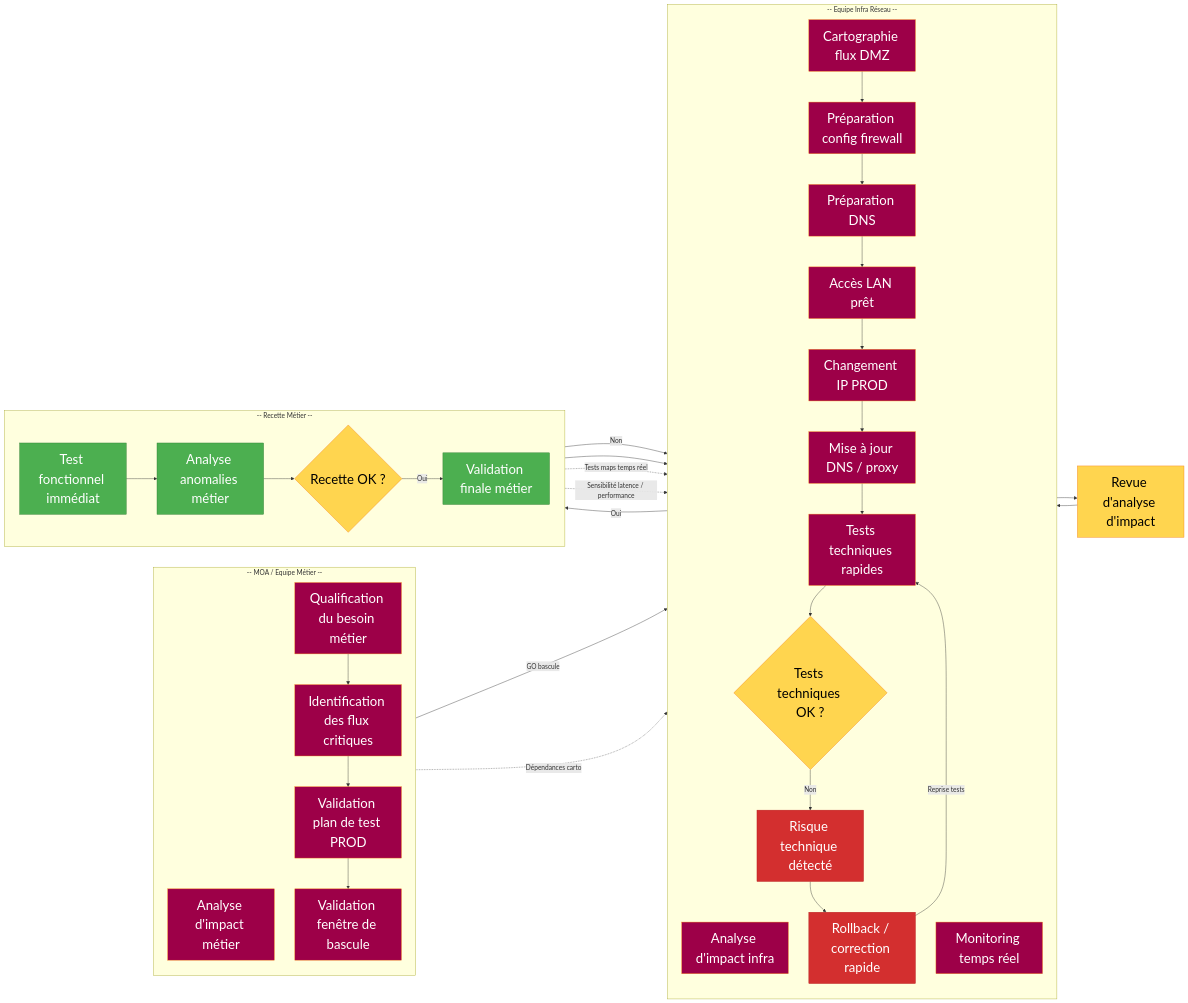
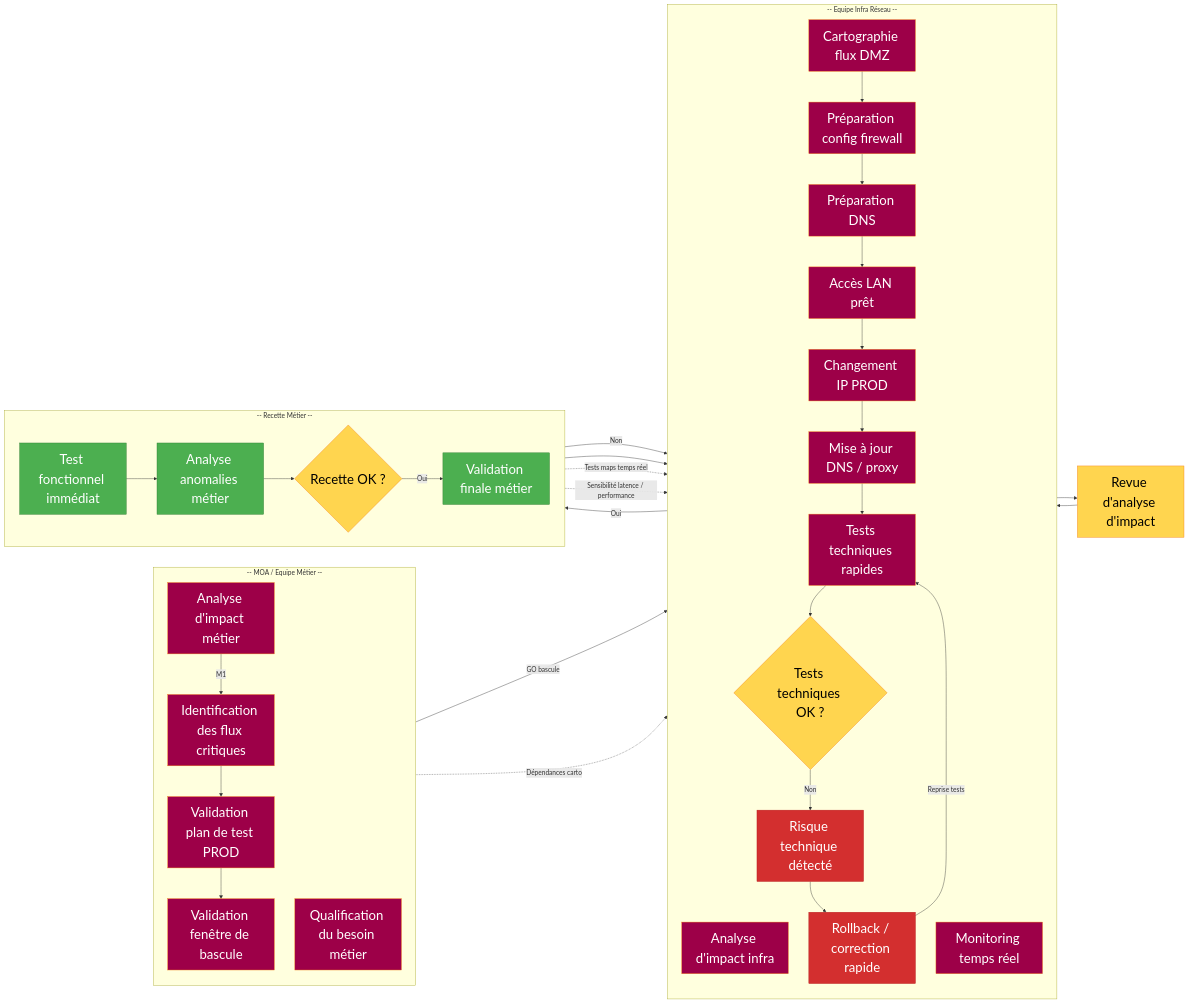
One commit to fdadda/iodraw-files changed the diagram in all/CHANGE IP - Sans Pre-Prod.md. Above: the diagram before and after it, drawn with Mermaid.

Commit message:
2026-06-01 15:14:17 update

````diff
--- a/all/CHANGE IP - Sans Pre-Prod.md
+++ b/all/CHANGE IP - Sans Pre-Prod.md
@@ -1,78 +1,78 @@
 ```mermaid
 flowchart LR
 
 %% Styles
 classDef metier fill:#9d0048,stroke:#f57f17,color:#ffffff,font-size:32px;
 classDef infra fill:#9d0048,stroke:#f57f17,color:#ffffff,font-size:32px;
 classDef recette fill:#4caf50,stroke:#2e7d32,color:#ffffff,font-size:32px;
 classDef decision fill:#ffd54f,stroke:#f57f17,color:#000000,font-size:32px;
 classDef risk fill:#d32f2f,stroke:#b71c1c,color:#ffffff,font-size:32px;
 
 %% Bloc Métier
 subgraph METIER [-- MOA / Equipe Métier --]
     direction TB
     M0["Analyse d'impact métier"]:::metier
     M1["Qualification du besoin métier"]:::metier
     M2["Identification des flux critiques"]:::metier
     M3["Validation plan de test PROD"]:::metier
     M4["Validation fenêtre de bascule"]:::metier
 
 end
 
 %% Bloc Infra
 subgraph INFRA [-- Equipe Infra Réseau --]
     direction TB
     I0["Analyse d'impact infra"]:::infra
     I1["Cartographie flux DMZ"]:::infra
     I2["Préparation config firewall"]:::infra
     I3["Préparation DNS"]:::infra
     I4["Accès LAN prêt"]:::infra
     I5["Changement IP PROD"]:::infra
     I6["Mise à jour DNS / proxy"]:::infra
     I7["Tests techniques rapides"]:::infra
     D1{"Tests techniques OK ?"}:::decision
     R1["Risque technique détecté"]:::risk
     I9["Rollback / correction rapide"]:::risk
     I8["Monitoring temps réel"]:::infra
 end
 D0["Revue d'analyse d'impact"]:::decision
 %% Bloc Recette
 subgraph RECETTE [-- Recette Métier --]
     direction LR
     M5["Test fonctionnel immédiat"]:::recette
     M6["Analyse anomalies métier"]:::recette
     D2{"Recette OK ?"}:::decision
     M7["Validation finale métier"]:::recette
 end
 
 %% Ordonnancement visuel
 METIER --> INFRA --> RECETTE
 linkStyle 0 opacity:0
 linkStyle 1 opacity:0
 
 %% Workflow Métier
-M1 --> M2 --> M3 --> M4
+M0--M1 --> M2 --> M3 --> M4
 M4 -->|GO bascule| I1
 
 %% Workflow Infra
 I0 --> D0 --> I1 --> I2 --> I3 --> I4 --> I5 --> I6 --> I7 --> D1
 
 %% Décision technique
 D1 -->|Oui| M5
 D1 -->|Non| R1
 R1 --> I9
 I9 -->|Reprise tests| I7
 
 %% Workflow Recette
 M5 --> M6 --> D2
 D2 -->|Oui| M7
 D2 -->|Non| I9
 
 %% Mise en production stabilisée
 M7 --> I8
 
 %% Dépendances GEO
 M2 -.->|Dépendances carto| I7
 M5 -.->|Tests maps temps réel| I8
 M6 -.->|Sensibilité latence / performance| I8
 ```
````
